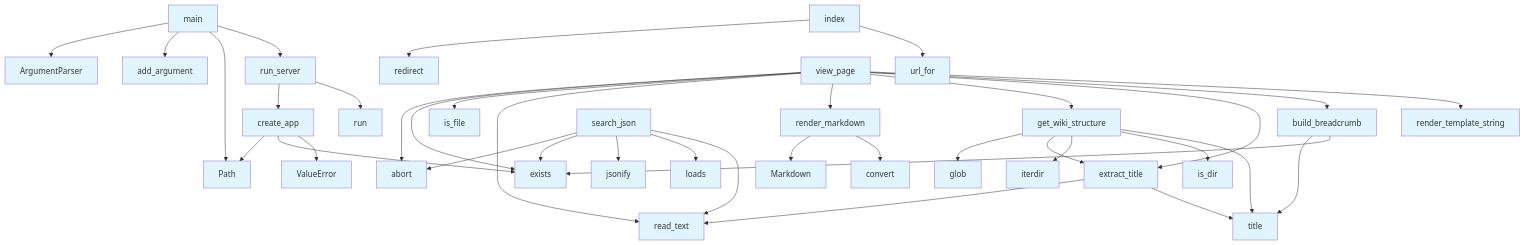
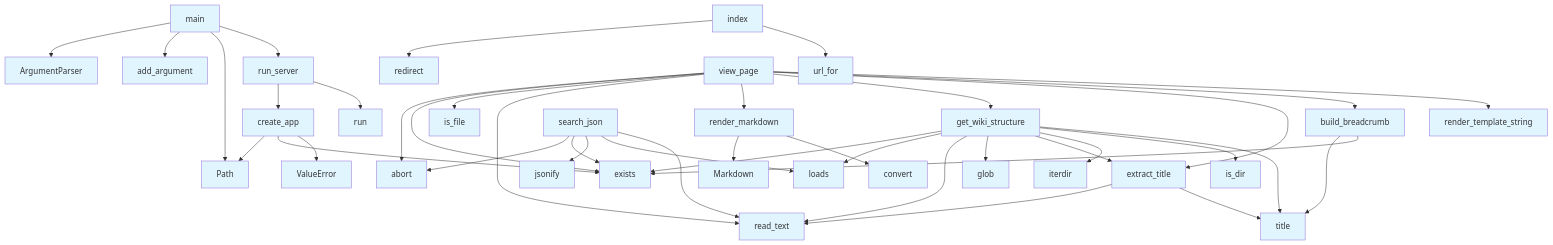
Before and after one commit to UrbanDiver/local-deepwiki-mcp: the diagram in .deepwiki/files/src/local_deepwiki/web/app.md, drawn with Mermaid. The commit also changed other lines of this file and 30 other files, not shown here.

````diff
--- a/.deepwiki/files/src/local_deepwiki/web/app.md
+++ b/.deepwiki/files/src/local_deepwiki/web/app.md
@@ -255,71 +221,74 @@
 ```mermaid
 flowchart TD
     N0[ArgumentParser]
     N1[Markdown]
     N2[Path]
     N3[ValueError]
     N4[abort]
     N5[add_argument]
     N6[build_breadcrumb]
     N7[convert]
     N8[create_app]
     N9[exists]
     N10[extract_title]
     N11[get_wiki_structure]
     N12[glob]
     N13[index]
     N14[is_dir]
     N15[is_file]
     N16[iterdir]
     N17[jsonify]
     N18[loads]
     N19[main]
     N20[read_text]
     N21[redirect]
     N22[render_markdown]
     N23[render_template_string]
     N24[run]
     N25[run_server]
     N26[search_json]
     N27[title]
     N28[url_for]
     N29[view_page]
+    N11 --> N9
+    N11 --> N18
+    N11 --> N20
     N11 --> N12
     N11 --> N10
     N11 --> N16
     N11 --> N14
     N11 --> N27
     N10 --> N20
     N10 --> N27
     N22 --> N1
     N22 --> N7
     N6 --> N27
     N6 --> N9
     N13 --> N21
     N13 --> N28
     N26 --> N4
     N26 --> N9
     N26 --> N17
     N26 --> N18
     N26 --> N20
     N29 --> N4
     N29 --> N9
     N29 --> N15
     N29 --> N20
     N29 --> N22
     N29 --> N11
     N29 --> N10
     N29 --> N6
     N29 --> N23
     N8 --> N2
     N8 --> N9
     N8 --> N3
     N25 --> N8
     N25 --> N24
     N19 --> N0
     N19 --> N5
     N19 --> N2
     N19 --> N25
     classDef func fill:#e1f5fe
     class N0,N1,N2,N3,N4,N5,N6,N7,N8,N9,N10,N11,N12,N13,N14,N15,N16,N17,N18,N19,N20,N21,N22,N23,N24,N25,N26,N27,N28,N29 func
 ```
````
